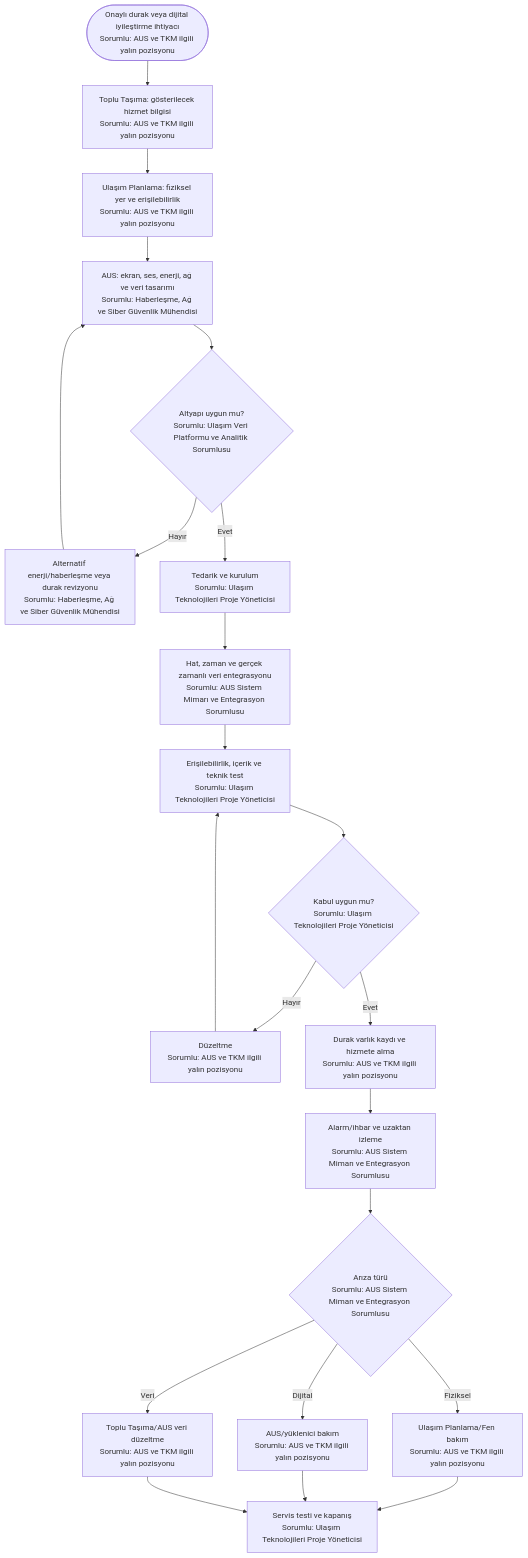
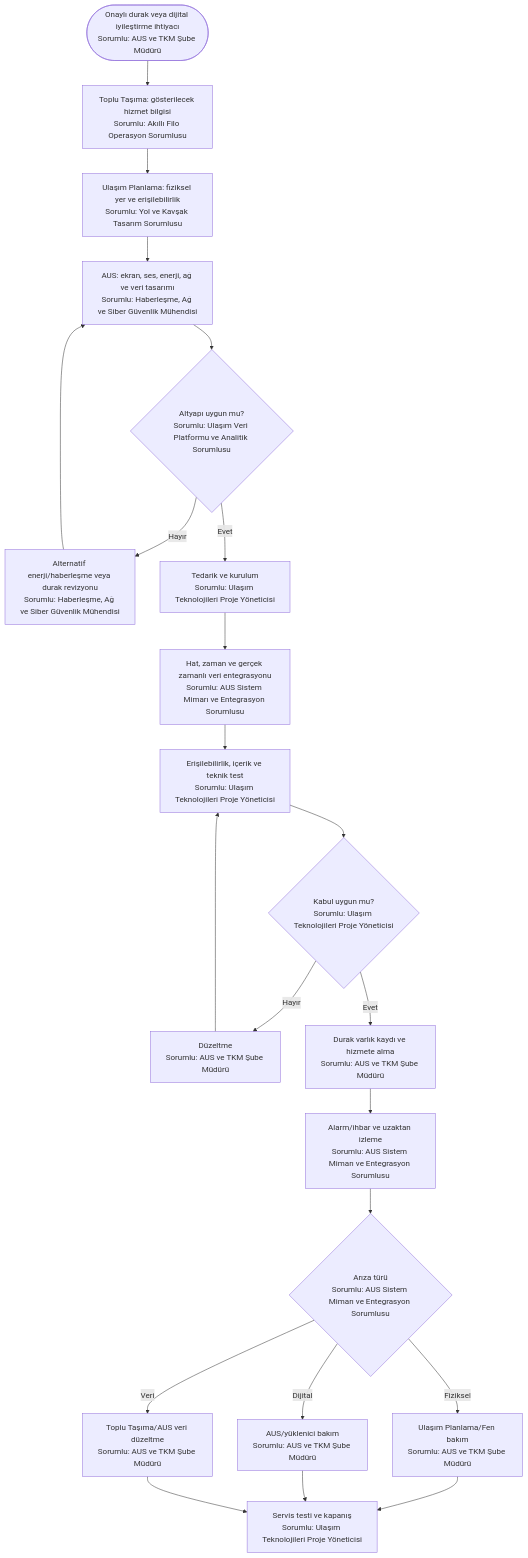
Before and after one commit to merdaergen-create/Ulasim_Dairesi_Is_Analizi: the third of 5 diagrams in 11_yalin_surec_haritalari_sorumlulari_belirtilmis/akilli_ulasim/README.md, drawn with Mermaid. The commit also changed other lines of this file and 9 other files, not shown here.

Commit message:
Yalın süreç haritalarını koruyarak kesin sorumlu pozisyonları ekle

````diff
--- a/11_yalin_surec_haritalari_sorumlulari_belirtilmis/akilli_ulasim/README.md
+++ b/11_yalin_surec_haritalari_sorumlulari_belirtilmis/akilli_ulasim/README.md
@@ -89,24 +89,24 @@
 ```mermaid
 flowchart TD
-    A([Onaylı durak veya dijital iyileştirme ihtiyacı<br/>Sorumlu: AUS ve TKM ilgili yalın pozisyonu]) --> B[Toplu Taşıma: gösterilecek hizmet bilgisi<br/>Sorumlu: AUS ve TKM ilgili yalın pozisyonu]
-    B --> C[Ulaşım Planlama: fiziksel yer ve erişilebilirlik<br/>Sorumlu: AUS ve TKM ilgili yalın pozisyonu]
+    A([Onaylı durak veya dijital iyileştirme ihtiyacı<br/>Sorumlu: AUS ve TKM Şube Müdürü]) --> B[Toplu Taşıma: gösterilecek hizmet bilgisi<br/>Sorumlu: Akıllı Filo Operasyon Sorumlusu]
+    B --> C[Ulaşım Planlama: fiziksel yer ve erişilebilirlik<br/>Sorumlu: Yol ve Kavşak Tasarım Sorumlusu]
     C --> D[AUS: ekran, ses, enerji, ağ ve veri tasarımı<br/>Sorumlu: Haberleşme, Ağ ve Siber Güvenlik Mühendisi]
     D --> E{Altyapı uygun mu?<br/>Sorumlu: Ulaşım Veri Platformu ve Analitik Sorumlusu}
     E -- Hayır --> F[Alternatif enerji/haberleşme veya durak revizyonu<br/>Sorumlu: Haberleşme, Ağ ve Siber Güvenlik Mühendisi]
     F --> D
     E -- Evet --> G[Tedarik ve kurulum<br/>Sorumlu: Ulaşım Teknolojileri Proje Yöneticisi]
     G --> H[Hat, zaman ve gerçek zamanlı veri entegrasyonu<br/>Sorumlu: AUS Sistem Mimarı ve Entegrasyon Sorumlusu]
     H --> I[Erişilebilirlik, içerik ve teknik test<br/>Sorumlu: Ulaşım Teknolojileri Proje Yöneticisi]
     I --> J{Kabul uygun mu?<br/>Sorumlu: Ulaşım Teknolojileri Proje Yöneticisi}
-    J -- Hayır --> K[Düzeltme<br/>Sorumlu: AUS ve TKM ilgili yalın pozisyonu]
+    J -- Hayır --> K[Düzeltme<br/>Sorumlu: AUS ve TKM Şube Müdürü]
     K --> I
-    J -- Evet --> L[Durak varlık kaydı ve hizmete alma<br/>Sorumlu: AUS ve TKM ilgili yalın pozisyonu]
+    J -- Evet --> L[Durak varlık kaydı ve hizmete alma<br/>Sorumlu: AUS ve TKM Şube Müdürü]
     L --> M[Alarm/ihbar ve uzaktan izleme<br/>Sorumlu: AUS Sistem Mimarı ve Entegrasyon Sorumlusu]
     M --> N{Arıza türü<br/>Sorumlu: AUS Sistem Mimarı ve Entegrasyon Sorumlusu}
-    N -- Fiziksel --> O[Ulaşım Planlama/Fen bakım<br/>Sorumlu: AUS ve TKM ilgili yalın pozisyonu]
-    N -- Dijital --> P[AUS/yüklenici bakım<br/>Sorumlu: AUS ve TKM ilgili yalın pozisyonu]
-    N -- Veri --> Q[Toplu Taşıma/AUS veri düzeltme<br/>Sorumlu: AUS ve TKM ilgili yalın pozisyonu]
+    N -- Fiziksel --> O[Ulaşım Planlama/Fen bakım<br/>Sorumlu: AUS ve TKM Şube Müdürü]
+    N -- Dijital --> P[AUS/yüklenici bakım<br/>Sorumlu: AUS ve TKM Şube Müdürü]
+    N -- Veri --> Q[Toplu Taşıma/AUS veri düzeltme<br/>Sorumlu: AUS ve TKM Şube Müdürü]
     O --> R[Servis testi ve kapanış<br/>Sorumlu: Ulaşım Teknolojileri Proje Yöneticisi]
     P --> R
     Q --> R
 ```
````
